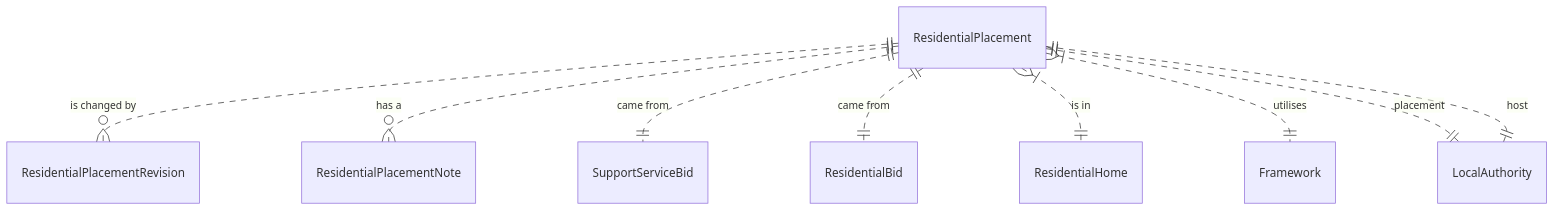
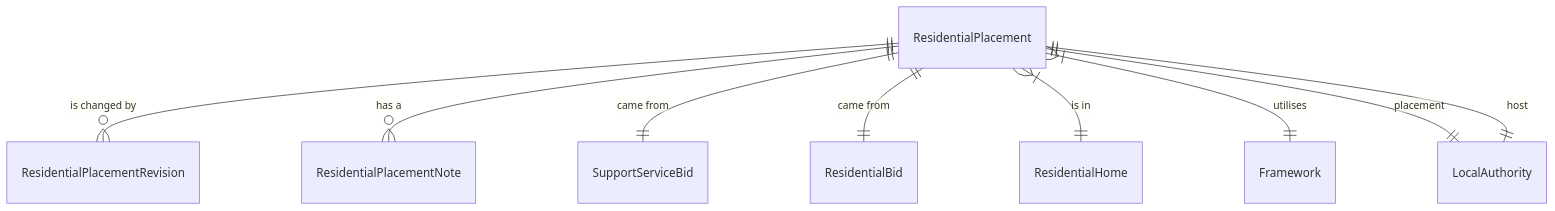
The third of 8 diagrams in README.md (placementdatacollaboration/cpp_data_model), drawn with Mermaid before and after one commit. The commit also changed other lines of this file, not shown here.

````diff
--- a/README.md
+++ b/README.md
@@ -33,11 +33,11 @@
 ```mermaid
 erDiagram
-    ResidentialPlacement ||..o{ ResidentialPlacementRevision : "is changed by" 
-    ResidentialPlacement ||..o{ ResidentialPlacementNote : "has a"
-    ResidentialPlacement ||..|| SupportServiceBid : "came from"
-    ResidentialPlacement ||..|| ResidentialBid : "came from"
-    ResidentialPlacement }|..|| ResidentialHome : "is in"
-    ResidentialPlacement }|..|| Framework : "utilises"
-    ResidentialPlacement ||..|| LocalAuthority : "placement"
-    ResidentialPlacement ||..|| LocalAuthority : "host"
+    ResidentialPlacement ||--o{ ResidentialPlacementRevision : "is changed by" 
+    ResidentialPlacement ||--o{ ResidentialPlacementNote : "has a"
+    ResidentialPlacement ||--|| SupportServiceBid : "came from"
+    ResidentialPlacement ||--|| ResidentialBid : "came from"
+    ResidentialPlacement }|--|| ResidentialHome : "is in"
+    ResidentialPlacement }|--|| Framework : "utilises"
+    ResidentialPlacement ||--|| LocalAuthority : "placement"
+    ResidentialPlacement ||--|| LocalAuthority : "host"
 ```
````
